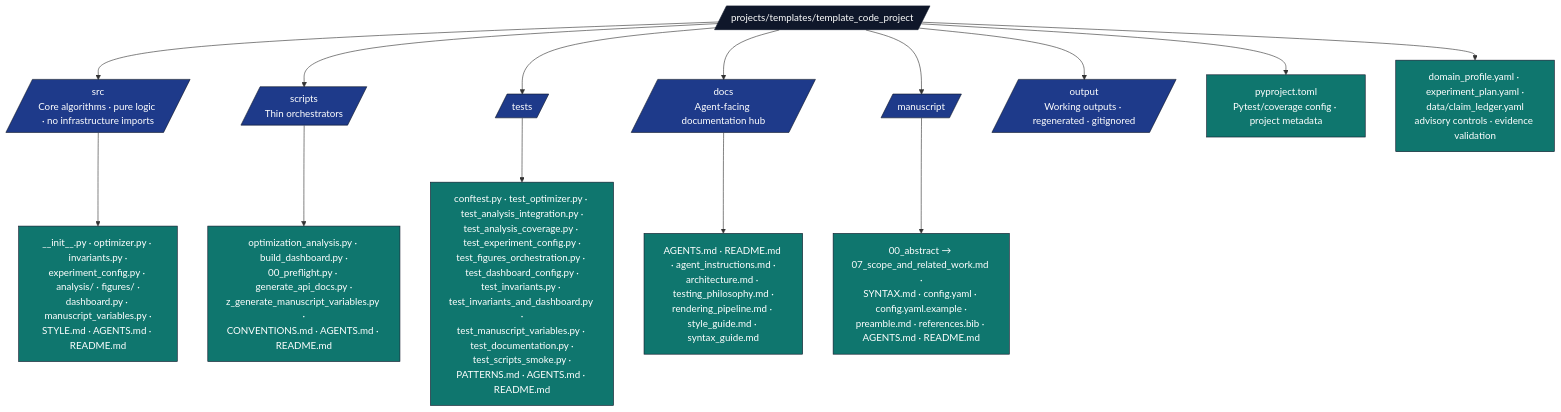
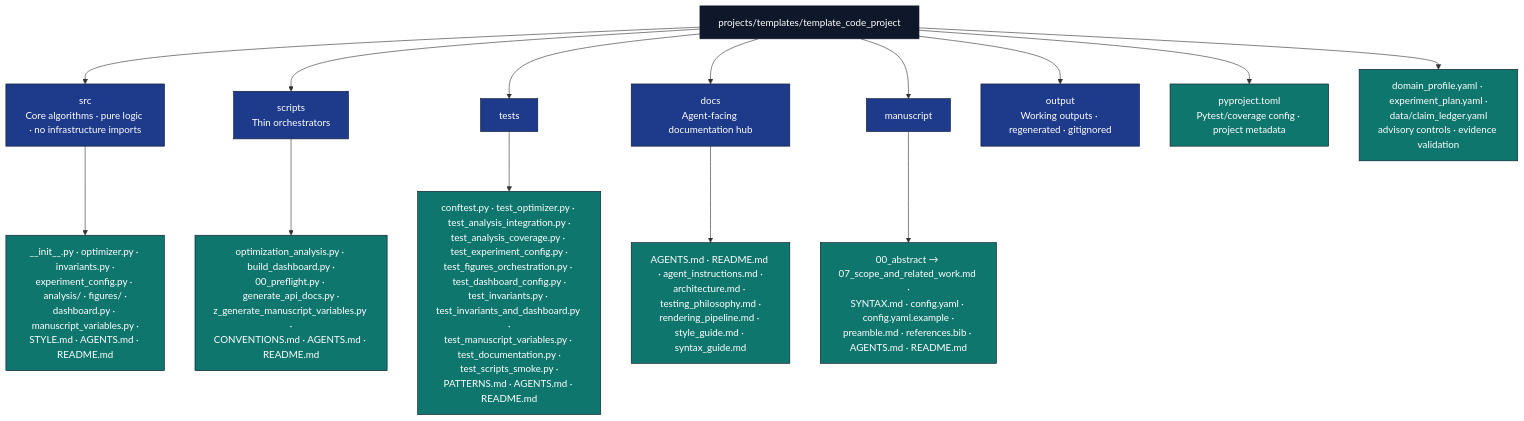
The diagram in projects/templates/template_code_project/AGENTS.md (docxology/template), drawn with Mermaid before and after one commit. The commit also changed 94 other files, not shown here.

````diff
--- a/projects/templates/template_code_project/AGENTS.md
+++ b/projects/templates/template_code_project/AGENTS.md
@@ -71,25 +71,25 @@
 ```mermaid
 flowchart TB
-    P[/projects/templates/template_code_project/]
-    P --> SRC[/src<br/>Core algorithms · pure logic · no infrastructure imports/]
-    P --> SC[/scripts<br/>Thin orchestrators/]
-    P --> T[/tests/]
-    P --> DOCS[/docs<br/>Agent-facing documentation hub/]
-    P --> M[/manuscript/]
-    P --> OUT[/output<br/>Working outputs · regenerated · gitignored/]
+    P[projects/templates/template_code_project]
+    P --> SRC[src<br/>Core algorithms · pure logic · no infrastructure imports]
+    P --> SC[scripts<br/>Thin orchestrators]
+    P --> T[tests]
+    P --> DOCS[docs<br/>Agent-facing documentation hub]
+    P --> M[manuscript]
+    P --> OUT[output<br/>Working outputs · regenerated · gitignored]
     P --> PY[pyproject.toml<br/>Pytest/coverage config · project metadata]
     P --> DP[domain_profile.yaml · experiment_plan.yaml ·<br/>data/claim_ledger.yaml<br/>advisory controls · evidence validation]
 
     SRC --> SRC_F[__init__.py · optimizer.py · invariants.py ·<br/>experiment_config.py · analysis/ · figures/ ·<br/>dashboard.py · manuscript_variables.py ·<br/>STYLE.md · AGENTS.md · README.md]
     SC --> SC_F[optimization_analysis.py · build_dashboard.py ·<br/>00_preflight.py · generate_api_docs.py ·<br/>z_generate_manuscript_variables.py ·<br/>CONVENTIONS.md · AGENTS.md · README.md]
     T --> T_F[conftest.py · test_optimizer.py · test_analysis_integration.py ·<br/>test_analysis_coverage.py · test_experiment_config.py ·<br/>test_figures_orchestration.py · test_dashboard_config.py ·<br/>test_invariants.py · test_invariants_and_dashboard.py ·<br/>test_manuscript_variables.py · test_documentation.py ·<br/>test_scripts_smoke.py ·<br/>PATTERNS.md · AGENTS.md · README.md]
     DOCS --> DOCS_F[AGENTS.md · README.md · agent_instructions.md ·<br/>architecture.md · testing_philosophy.md ·<br/>rendering_pipeline.md · style_guide.md · syntax_guide.md]
     M --> M_F[00_abstract → 07_scope_and_related_work.md ·<br/>SYNTAX.md · config.yaml · config.yaml.example ·<br/>preamble.md · references.bib · AGENTS.md · README.md]
 
     classDef d fill:#0f172a,stroke:#0f172a,color:#fff
     classDef pkg fill:#1e3a8a,stroke:#0f172a,color:#fff
     classDef f fill:#0f766e,stroke:#0f172a,color:#fff
     class P d
     class SRC,SC,T,DOCS,M,OUT pkg
     class SRC_F,SC_F,T_F,DOCS_F,M_F,PY,DP f
 ```
````
